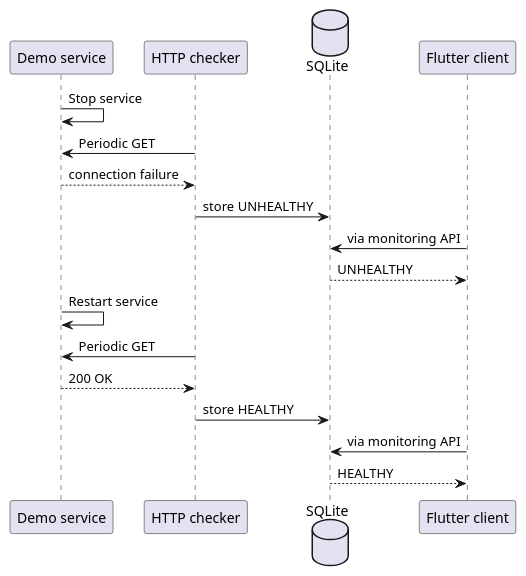
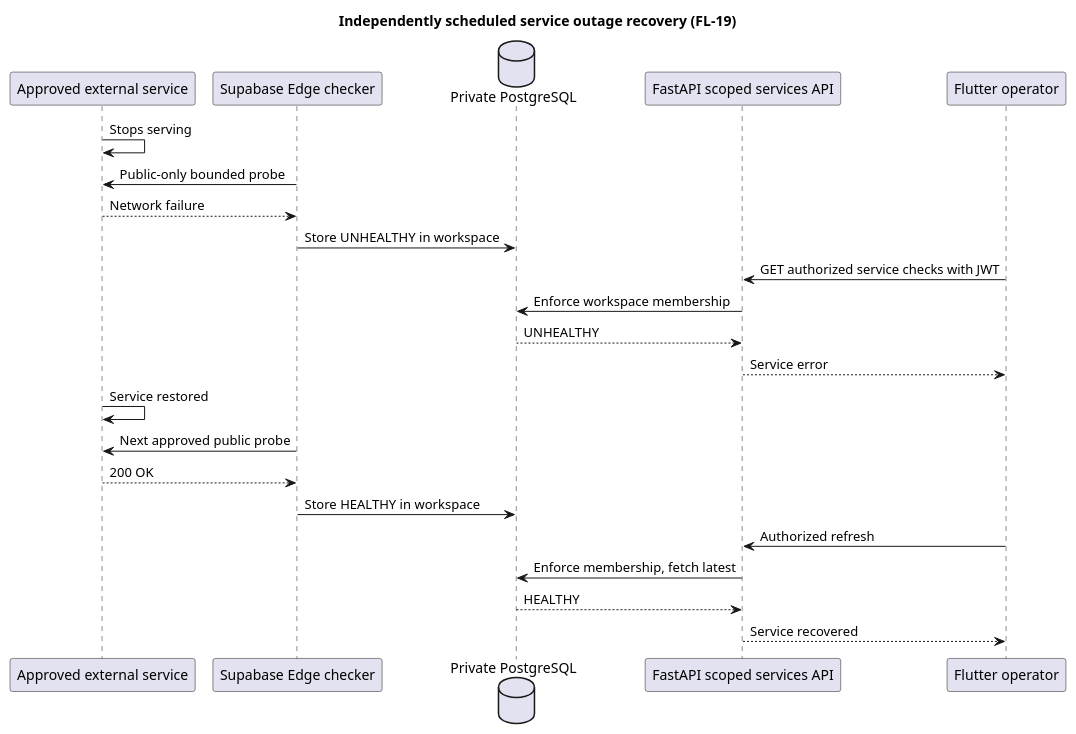
Before and after one commit to Adam-BArbia/fleetluma: the diagram in docs/uml/plantuml/25_seq_outage_recovery.puml, drawn with PlantUML.

Commit message:
docs(FL-31): reconcile remaining package and workflow UML 25_seq_outage_recovery.puml

```diff
--- a/docs/uml/plantuml/25_seq_outage_recovery.puml
+++ b/docs/uml/plantuml/25_seq_outage_recovery.puml
@@ -1,18 +1,24 @@
 @startuml 25_seq_outage_recovery
-participant "Demo service" as S
-participant "HTTP checker" as C
-database SQLite as DB
-participant "Flutter client" as UI
-S -> S : Stop service
-C -> S : Periodic GET
-S --> C : connection failure
-C -> DB : store UNHEALTHY
-UI -> DB : via monitoring API
-DB --> UI : UNHEALTHY
-S -> S : Restart service
-C -> S : Periodic GET
+title Independently scheduled service outage recovery (FL-19)
+participant "Approved external service" as S
+participant "Supabase Edge checker" as C
+database "Private PostgreSQL" as DB
+participant "FastAPI scoped services API" as API
+participant "Flutter operator" as UI
+S -> S : Stops serving
+C -> S : Public-only bounded probe
+S --> C : Network failure
+C -> DB : Store UNHEALTHY in workspace
+UI -> API : GET authorized service checks with JWT
+API -> DB : Enforce workspace membership
+DB --> API : UNHEALTHY
+API --> UI : Service error
+S -> S : Service restored
+C -> S : Next approved public probe
 S --> C : 200 OK
-C -> DB : store HEALTHY
-UI -> DB : via monitoring API
-DB --> UI : HEALTHY
+C -> DB : Store HEALTHY in workspace
+UI -> API : Authorized refresh
+API -> DB : Enforce membership, fetch latest
+DB --> API : HEALTHY
+API --> UI : Service recovered
 @enduml
```
